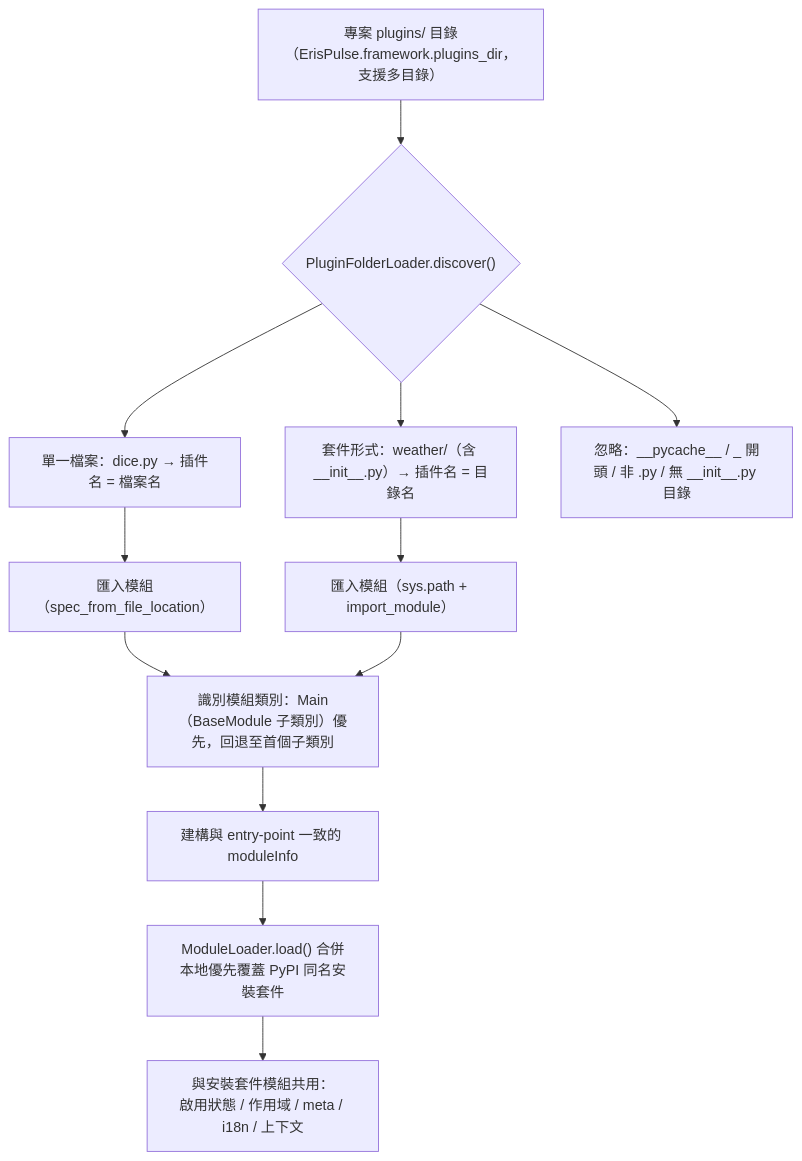
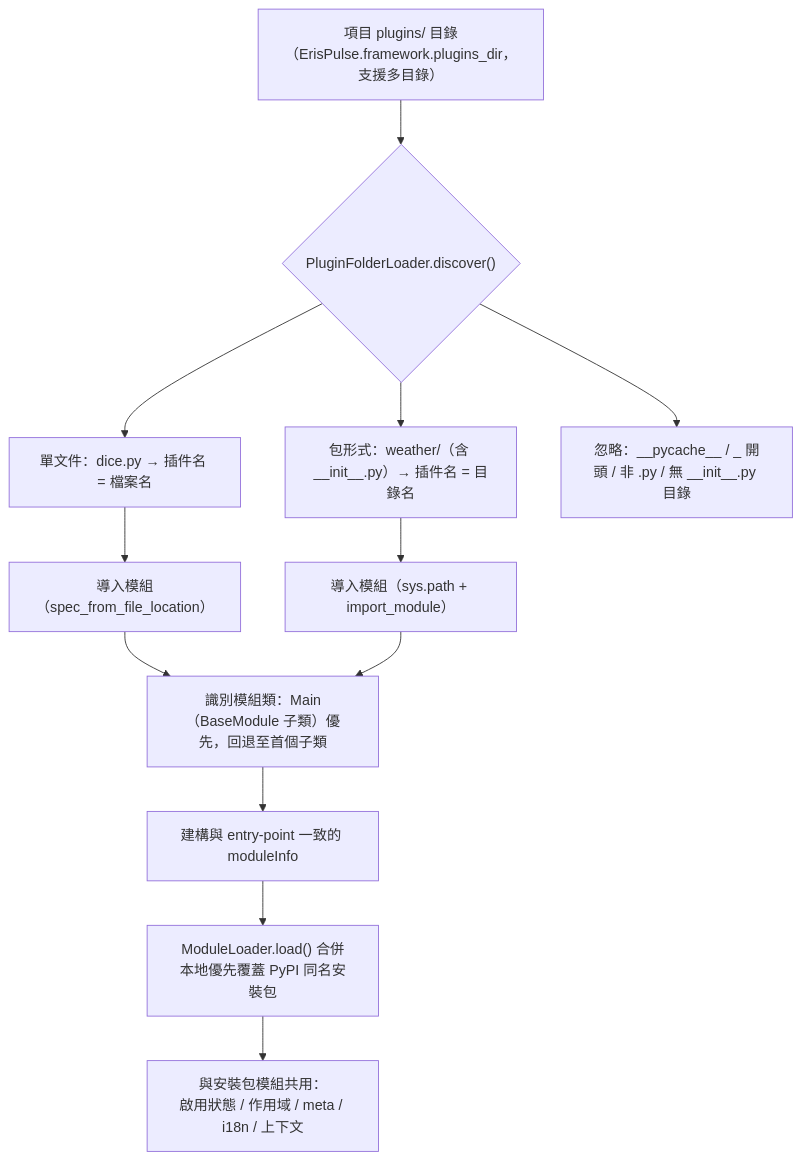
Before and after one commit to ErisPulse/ErisPulse: the eighth of 8 diagrams in docs/zh-TW/architecture.md, drawn with Mermaid. The commit also changed other lines of this file and 143 other files, not shown here.

````diff
--- a/docs/zh-TW/architecture.md
+++ b/docs/zh-TW/architecture.md
@@ -240,14 +261,14 @@
 ```mermaid
 flowchart TD
-    A["專案 plugins/ 目錄<br/>（ErisPulse.framework.plugins_dir，支援多目錄）"] --> B{"PluginFolderLoader.discover()"}
-    B --> C["單一檔案：dice.py → 插件名 = 檔案名"]
-    B --> D["套件形式：weather/（含 __init__.py）→ 插件名 = 目錄名"]
+    A["項目 plugins/ 目錄<br/>（ErisPulse.framework.plugins_dir，支援多目錄）"] --> B{"PluginFolderLoader.discover()"}
+    B --> C["單文件：dice.py → 插件名 = 檔案名"]
+    B --> D["包形式：weather/（含 __init__.py）→ 插件名 = 目錄名"]
     B --> E["忽略：__pycache__ / _ 開頭 / 非 .py / 無 __init__.py 目錄"]
-    C --> F["匯入模組（spec_from_file_location）"]
-    D --> G["匯入模組（sys.path + import_module）"]
-    F --> H["識別模組類別：Main（BaseModule 子類別）優先，回退至首個子類別"]
+    C --> F["導入模組（spec_from_file_location）"]
+    D --> G["導入模組（sys.path + import_module）"]
+    F --> H["識別模組類：Main（BaseModule 子類）優先，回退至首個子類"]
     G --> H
     H --> I["建構與 entry-point 一致的 moduleInfo"]
-    I --> J["ModuleLoader.load() 合併<br/>本地優先覆蓋 PyPI 同名安裝套件"]
-    J --> K["與安裝套件模組共用：<br/>啟用狀態 / 作用域 / meta / i18n / 上下文"]
+    I --> J["ModuleLoader.load() 合併<br/>本地優先覆蓋 PyPI 同名安裝包"]
+    J --> K["與安裝包模組共用：<br/>啟用狀態 / 作用域 / meta / i18n / 上下文"]
 ```
````
